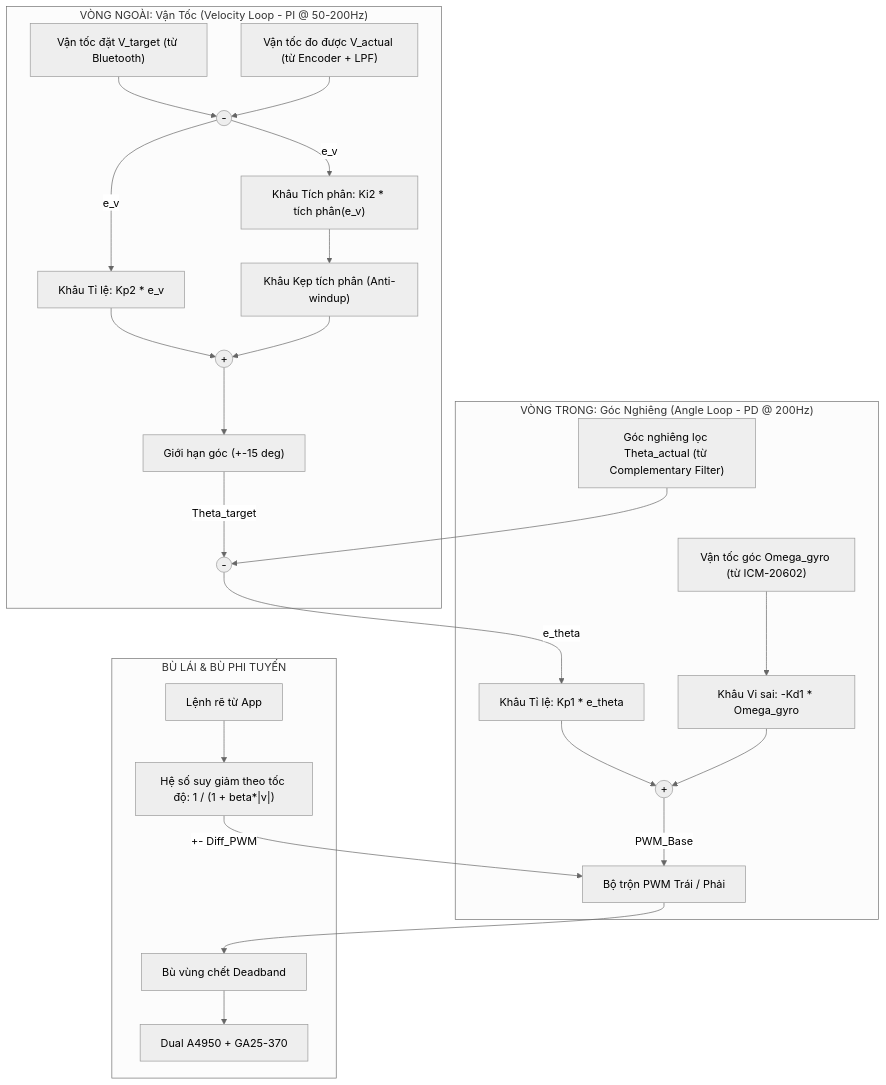
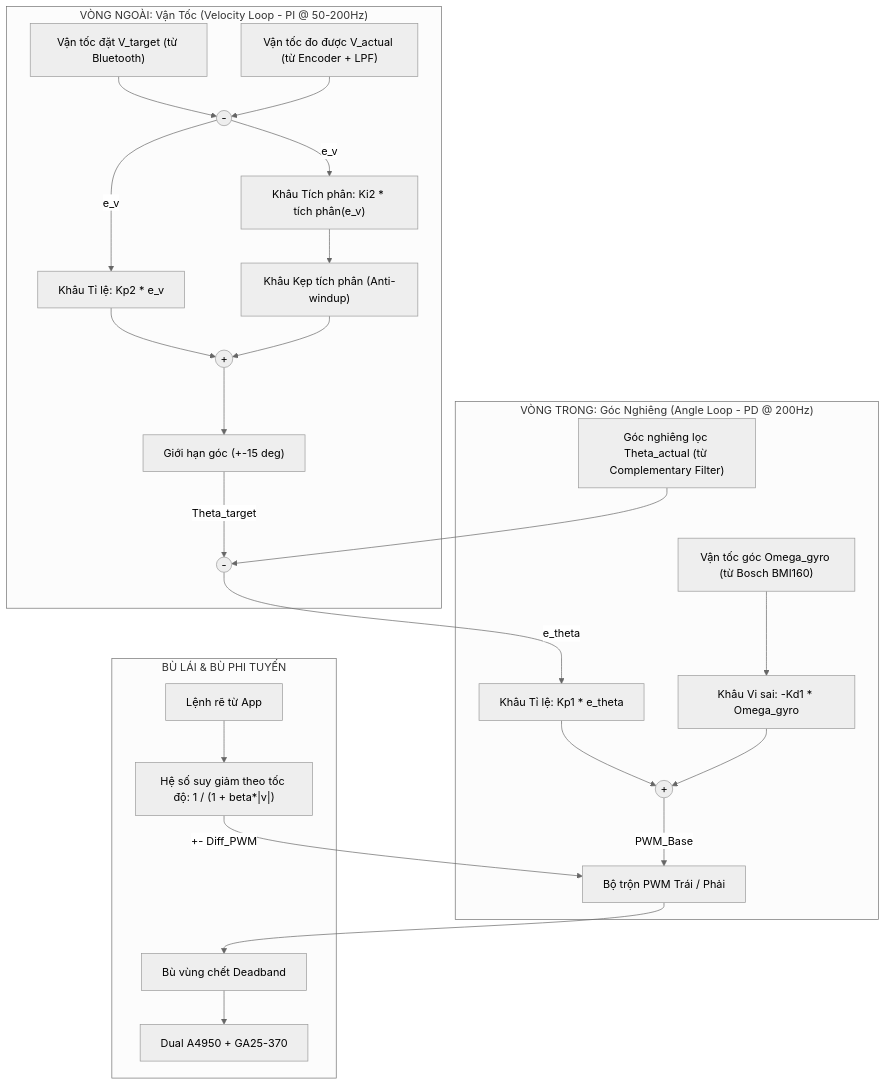
Before and after one commit to Donien-mixi/CE224: the first of 2 diagrams in Mo_Ta_Thuat_Toan_Dieu_Khien_Tong_The.md, drawn with Mermaid (neutral theme). The commit also changed other lines of this file and 5 other files, not shown here.

Commit message:
update roadmap

````diff
--- a/Mo_Ta_Thuat_Toan_Dieu_Khien_Tong_The.md
+++ b/Mo_Ta_Thuat_Toan_Dieu_Khien_Tong_The.md
@@ -94,50 +94,50 @@
 ```mermaid
 flowchart TD
     subgraph Velocity_Loop ["VÒNG NGOÀI: Vận Tốc (Velocity Loop - PI @ 50-200Hz)"]
         SP_V["Vận tốc đặt V_target (từ Bluetooth)"]
         FB_V["Vận tốc đo được V_actual (từ Encoder + LPF)"]
         Err_V(( - ))
         P_Vel["Khâu Tỉ lệ: Kp2 * e_v"]
         I_Vel["Khâu Tích phân: Ki2 * tích phân(e_v)"]
         AntiWind["Khâu Kẹp tích phân (Anti-windup)"]
         Clamp_Angle["Giới hạn góc (+-15 deg)"]
 
         SP_V --> Err_V
         FB_V --> Err_V
         Err_V -->|e_v| P_Vel
         Err_V -->|e_v| I_Vel
         I_Vel --> AntiWind
         P_Vel --> Sum_Angle(( + ))
         AntiWind --> Sum_Angle
         Sum_Angle --> Clamp_Angle
         Clamp_Angle -->|Theta_target| Err_Angle
     end
 
     subgraph Angle_Loop ["VÒNG TRONG: Góc Nghiêng (Angle Loop - PD @ 200Hz)"]
         Err_Angle(( - ))
         FB_Angle["Góc nghiêng lọc Theta_actual (từ Complementary Filter)"]
-        FB_Gyro["Vận tốc góc Omega_gyro (từ ICM-20602)"]
+        FB_Gyro["Vận tốc góc Omega_gyro (từ Bosch BMI160)"]
         P_Ang["Khâu Tỉ lệ: Kp1 * e_theta"]
         D_Ang["Khâu Vi sai: -Kd1 * Omega_gyro"]
 
         FB_Angle --> Err_Angle
         Err_Angle -->|e_theta| P_Ang
         FB_Gyro --> D_Ang
         P_Ang --> Sum_PWM(( + ))
         D_Ang --> Sum_PWM
         Sum_PWM -->|PWM_Base| Mix
     end
 
     subgraph Steering_Mixing ["BÙ LÁI & BÙ PHI TUYẾN"]
         Steer_Cmd["Lệnh rẽ từ App"]
         Vel_Adaptive["Hệ số suy giảm theo tốc độ: 1 / (1 + beta*|v|)"]
         Deadband["Bù vùng chết Deadband"]
         Mix["Bộ trộn PWM Trái / Phải"]
         Motors["Dual A4950 + GA25-370"]
 
         Steer_Cmd --> Vel_Adaptive
         Vel_Adaptive -->|+- Diff_PWM| Mix
         Mix --> Deadband
         Deadband --> Motors
     end
 ```
````
